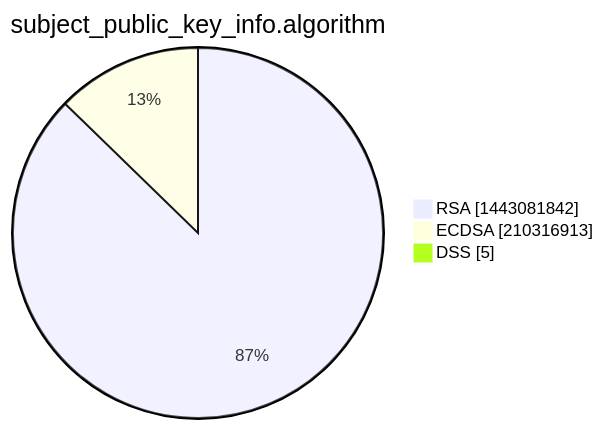
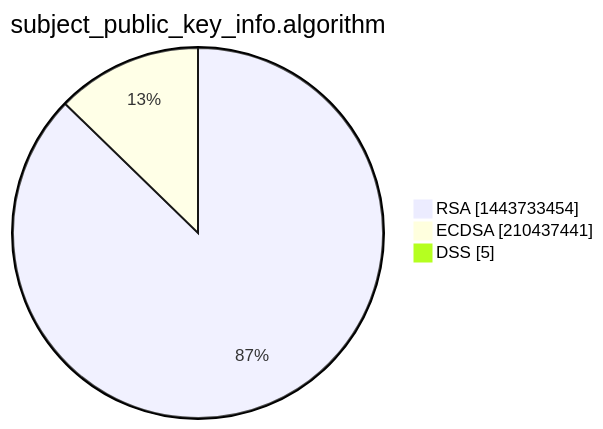
The third of 15 diagrams in xenon2022/README.md (christiankrug/ctmonitor_visualization), drawn with Mermaid before and after one commit. The commit also changed other lines of this file, not shown here.

````diff
--- a/xenon2022/README.md
+++ b/xenon2022/README.md
@@ -14,7 +14,7 @@
 ```mermaid
 pie showData
 title subject_public_key_info.algorithm
-"RSA" :1443081842
-"ECDSA" :210316913
+"RSA" :1443733454
+"ECDSA" :210437441
 "DSS" :5
 ```
````
